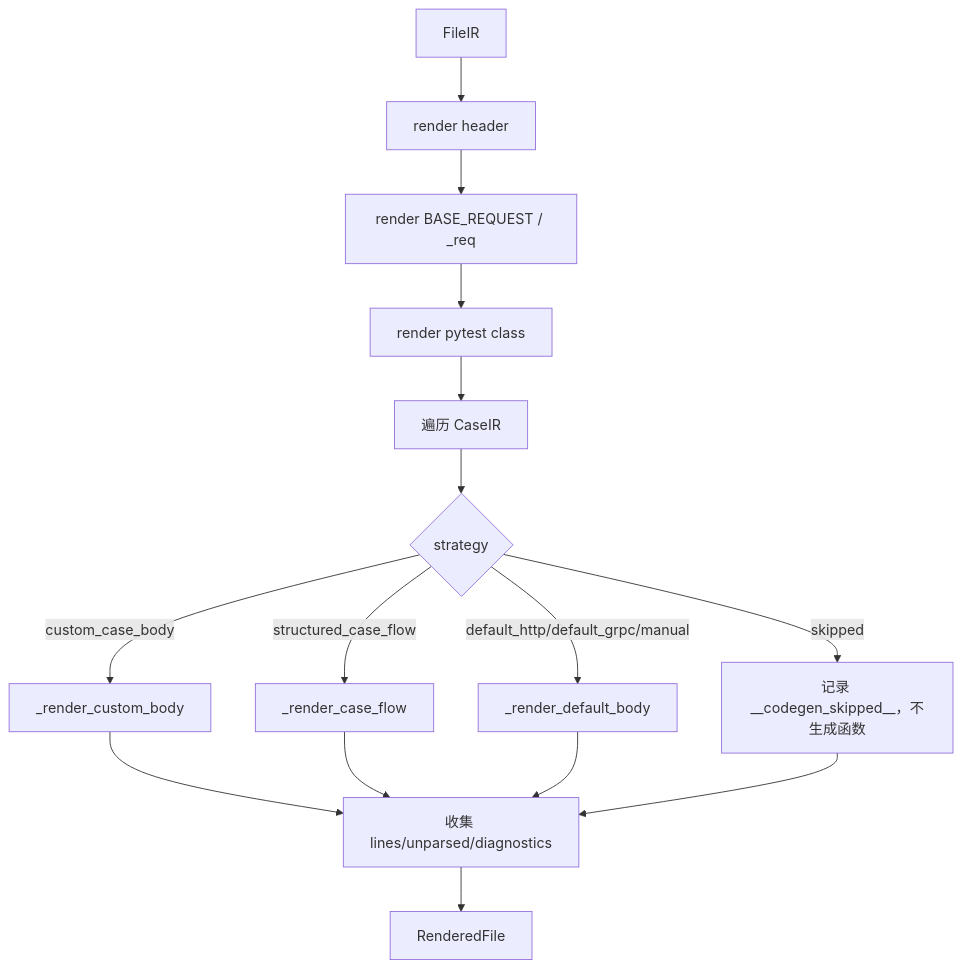
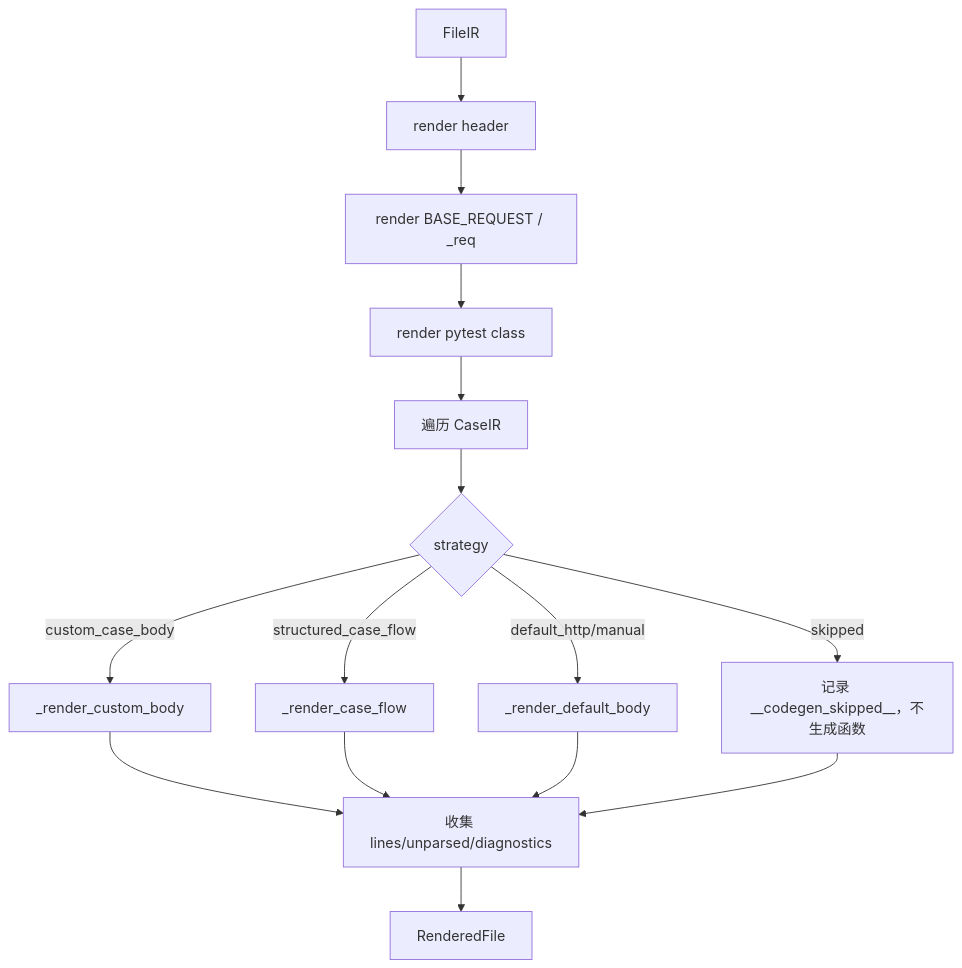
Before and after one commit to tlzmw001/aitest-kit: the second of 2 diagrams in docs/usebook/lessons/lesson-7.md, drawn with Mermaid. The commit also changed other lines of this file and 11 other files, not shown here.

Commit message:
refactor: remove implicit default http setup

````diff
--- a/docs/usebook/lessons/lesson-7.md
+++ b/docs/usebook/lessons/lesson-7.md
@@ -577,19 +574,19 @@
 ```mermaid
 flowchart TD
     A["FileIR"] --> B["render header"]
     B --> C["render BASE_REQUEST / _req"]
     C --> D["render pytest class"]
     D --> E["遍历 CaseIR"]
 
     E --> F{"strategy"}
     F -->|skipped| G["记录 __codegen_skipped__，不生成函数"]
     F -->|custom_case_body| H["_render_custom_body"]
     F -->|structured_case_flow| I["_render_case_flow"]
-    F -->|default_http/default_grpc/manual| J["_render_default_body"]
+    F -->|default_http/manual| J["_render_default_body"]
 
     H --> K["收集 lines/unparsed/diagnostics"]
     I --> K
     J --> K
     G --> K
     K --> L["RenderedFile"]
 ```
````
